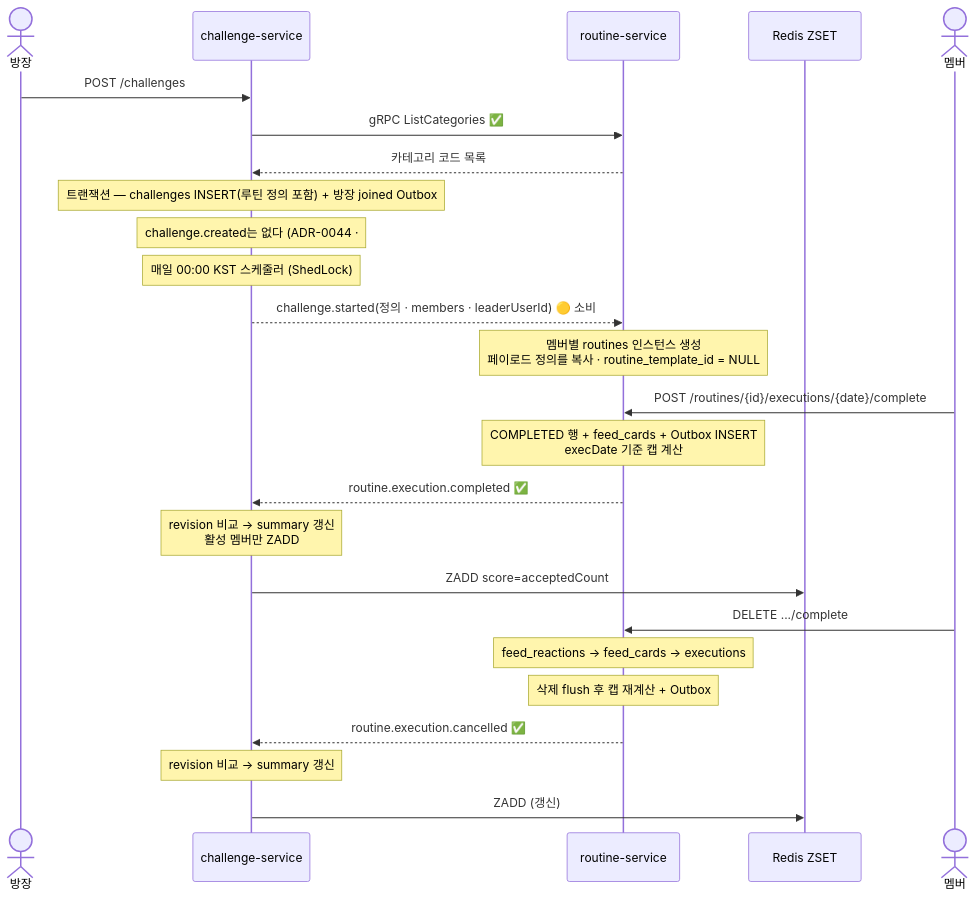
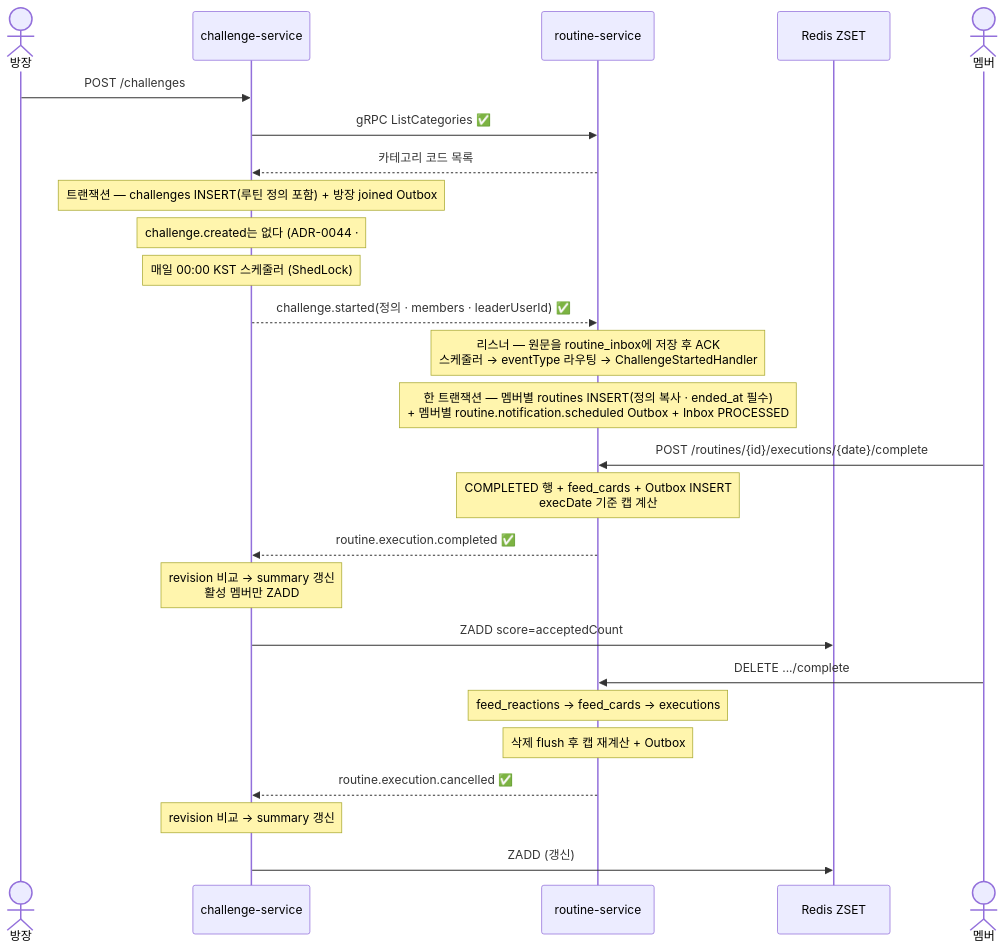
The third of 4 diagrams in docs/architecture/service-interaction-map.md (routinely-platform/routinely-backend), drawn with Mermaid before and after one commit. The commit also changed other lines of this file and 1 other file, not shown here.

Commit message:
docs: #157 이벤트 관계도 challenge.started → Routine 배지 갱신, proto 주석을 routines.challenge_id로 정정

````diff
--- a/docs/architecture/service-interaction-map.md
+++ b/docs/architecture/service-interaction-map.md
@@ -147,31 +148,32 @@
 ```mermaid
 sequenceDiagram
   actor L as 방장
   participant C as challenge-service
   participant R as routine-service
   participant Rd as Redis ZSET
 
   L->>C: POST /challenges
   C->>R: gRPC ListCategories ✅
   R-->>C: 카테고리 코드 목록
   Note over C: 트랜잭션 — challenges INSERT(루틴 정의 포함) + 방장 joined Outbox
   Note over C: challenge.created는 없다 (ADR-0044 · #167)<br/>챌린지 템플릿을 만들지 않는다
 
   Note over C: 매일 00:00 KST 스케줄러 (ShedLock)
-  C-->>R: challenge.started(정의 · members · leaderUserId) 🟡 소비 #157
-  Note over R: 멤버별 routines 인스턴스 생성<br/>페이로드 정의를 복사 · routine_template_id = NULL
+  C-->>R: challenge.started(정의 · members · leaderUserId) ✅ #157
+  Note over R: 리스너 — 원문을 routine_inbox에 저장 후 ACK<br/>스케줄러 → eventType 라우팅 → ChallengeStartedHandler
+  Note over R: 한 트랜잭션 — 멤버별 routines INSERT(정의 복사 · ended_at 필수)<br/>+ 멤버별 routine.notification.scheduled Outbox + Inbox PROCESSED
 
   actor M as 멤버
   M->>R: POST /routines/{id}/executions/{date}/complete
   Note over R: COMPLETED 행 + feed_cards + Outbox INSERT<br/>execDate 기준 캡 계산
   R-->>C: routine.execution.completed ✅
   Note over C: revision 비교 → summary 갱신<br/>활성 멤버만 ZADD
   C->>Rd: ZADD score=acceptedCount
 
   M->>R: DELETE .../complete
   Note over R: feed_reactions → feed_cards → executions
   Note over R: 삭제 flush 후 캡 재계산 + Outbox
   R-->>C: routine.execution.cancelled ✅
   Note over C: revision 비교 → summary 갱신
   C->>Rd: ZADD (갱신)
 ```
````
